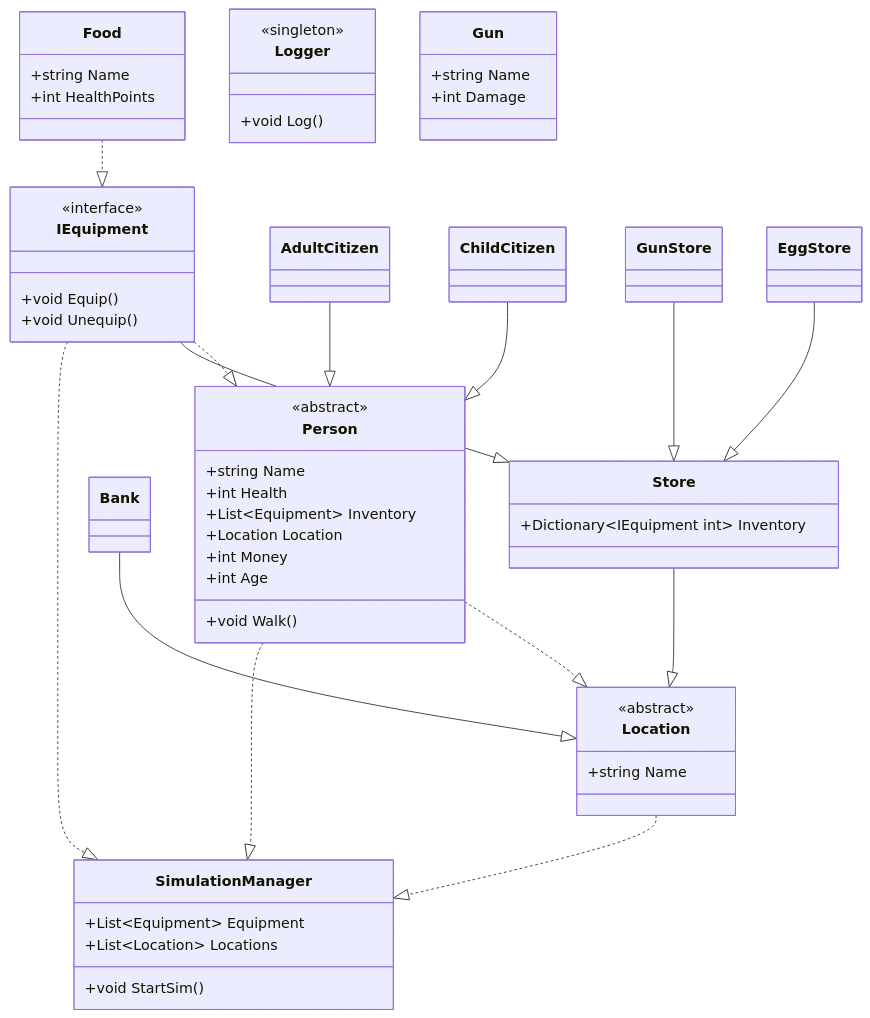
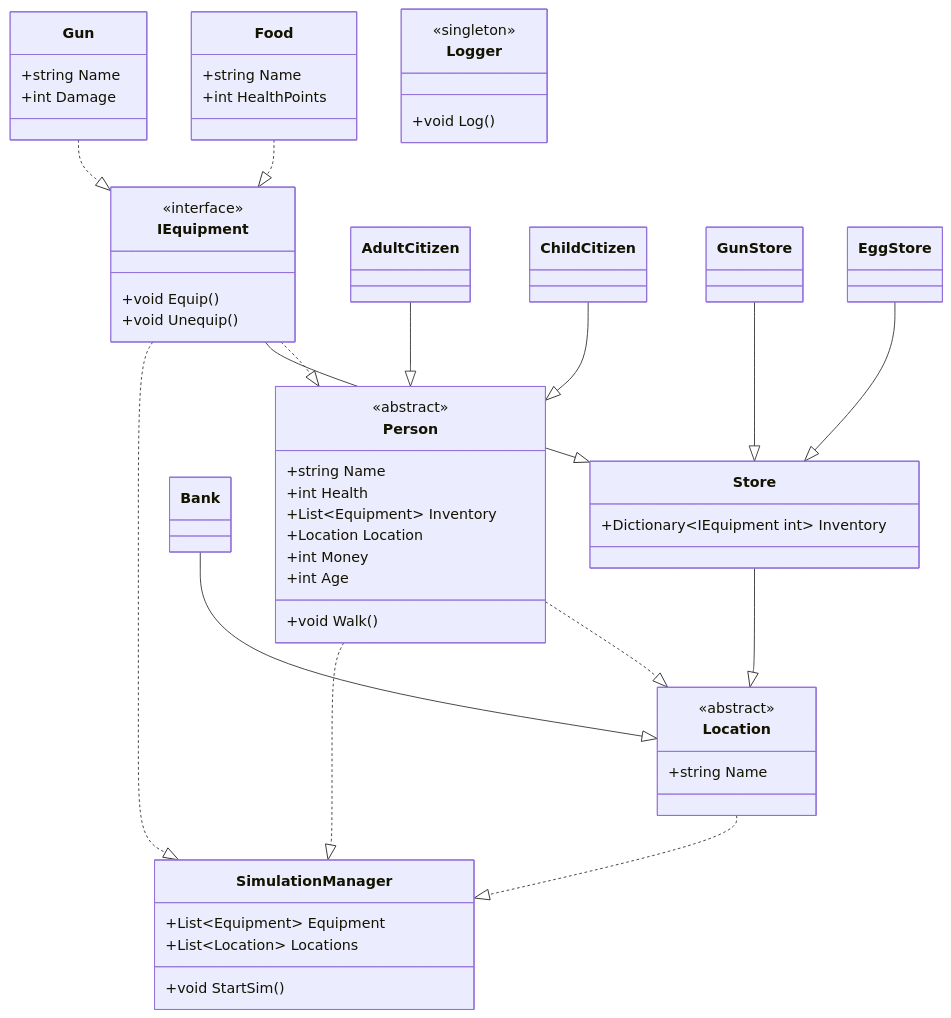
The diagram in README.md (smallbenji-org/HF2-peopleville), drawn with Mermaid before and after one commit.

````diff
--- a/README.md
+++ b/README.md
@@ -1,68 +1,69 @@
 ```mermaid
 classDiagram
     class IEquipment{
         <<interface>>
         +void Equip()
         +void Unequip()
     }
     Food ..|> IEquipment
+    Gun ..|> IEquipment
 
     class Person{
         <<abstract>>
         +string Name
         +int Health
         +List~Equipment~ Inventory
         +Location Location
         +int Money
         +int Age
         +void Walk()
     }
     AdultCitizen --|> Person
     ChildCitizen --|> Person
     IEquipment ..|> Person
 
     class AdultCitizen{
     }
     class ChildCitizen{
     }
 
     class Location{
         <<abstract>>
         +string Name
     }
     Bank --|> Location
     Store --|> Location
     Person ..|> Location
 
     class Logger{
         <<singleton>>
         +void Log()
     }
 
     class Food{
         +string Name
         +int HealthPoints
     }
 
     class Gun{
         +string Name
         +int Damage
     }
 
     class Store{
         +Dictionary~IEquipment int~ Inventory
     }
     GunStore --|> Store
     EggStore --|> Store
     IEquipment --|> Store
 
     class SimulationManager{
         +void StartSim()
         +List~Equipment~ Equipment
         +List~Location~ Locations
     }
     IEquipment ..|> SimulationManager
     Person ..|> SimulationManager
     Location ..|> SimulationManager
 
 ```
````
